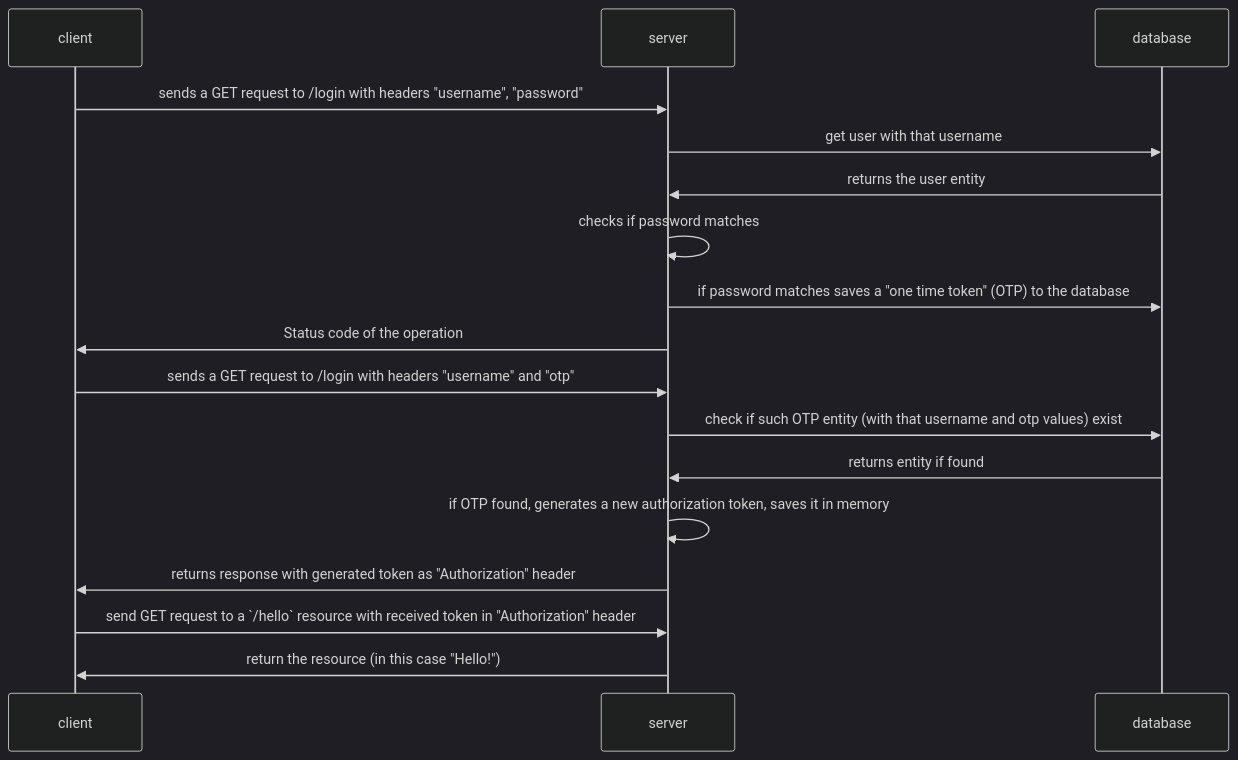
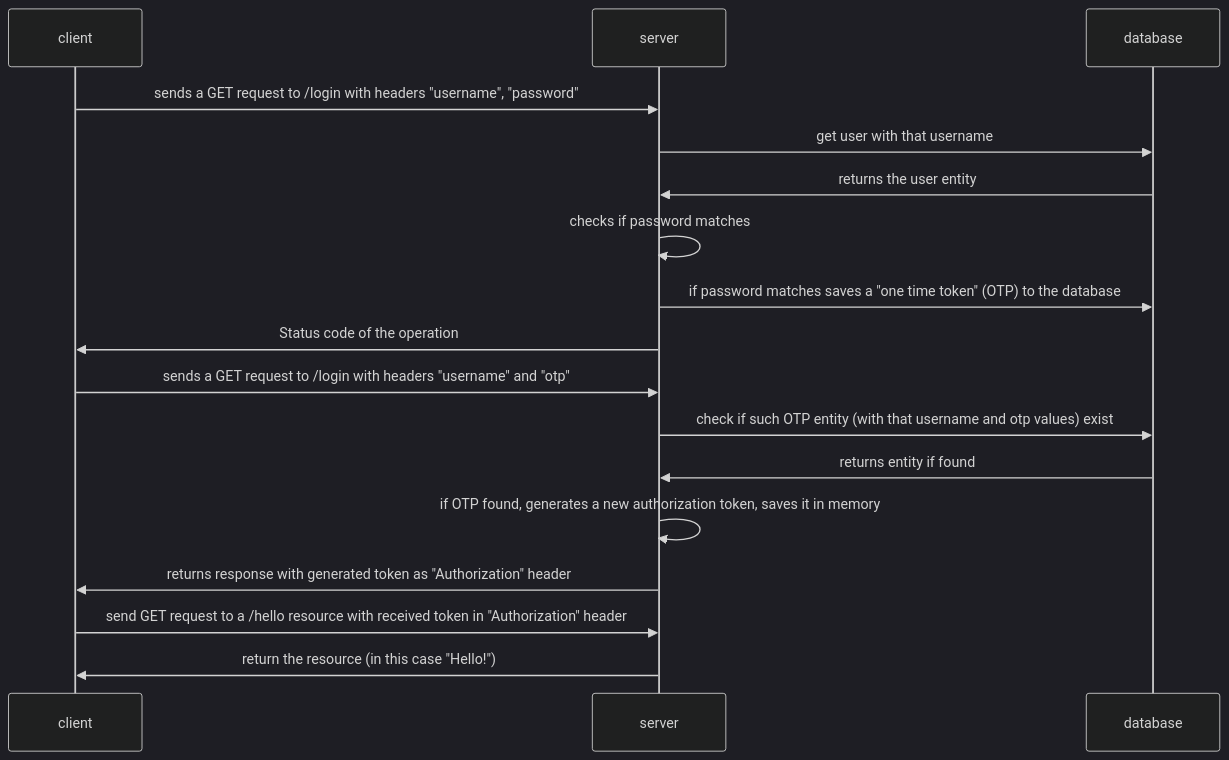
The diagram in README.md (asgarov1/spring_security_implementations), drawn with Mermaid (dark theme) before and after one commit. The commit also changed 1 other file, not shown here.

Commit message:
minor refactoring

````diff
--- a/README.md
+++ b/README.md
@@ -4,19 +4,19 @@
 ```mermaid
 sequenceDiagram
     participant client
     participant server
     participant database
     client->>server: sends a GET request to /login with headers "username", "password"
     server->>database: get user with that username
     database->>server: returns the user entity
     server->>server: checks if password matches
     server->>database: if password matches saves a "one time token" (OTP) to the database
     server->>client: Status code of the operation
     client->>server: sends a GET request to /login with headers "username" and "otp"
     server->>database: check if such OTP entity (with that username and otp values) exist
     database->>server: returns entity if found
     server->>server: if OTP found, generates a new authorization token, saves it in memory
     server->>client: returns response with generated token as "Authorization" header
-    client->>server: send GET request to a `/hello` resource with received token in "Authorization" header
+    client->>server: send GET request to a /hello resource with received token in "Authorization" header
     server->>client: return the resource (in this case "Hello!")
 ```
````
